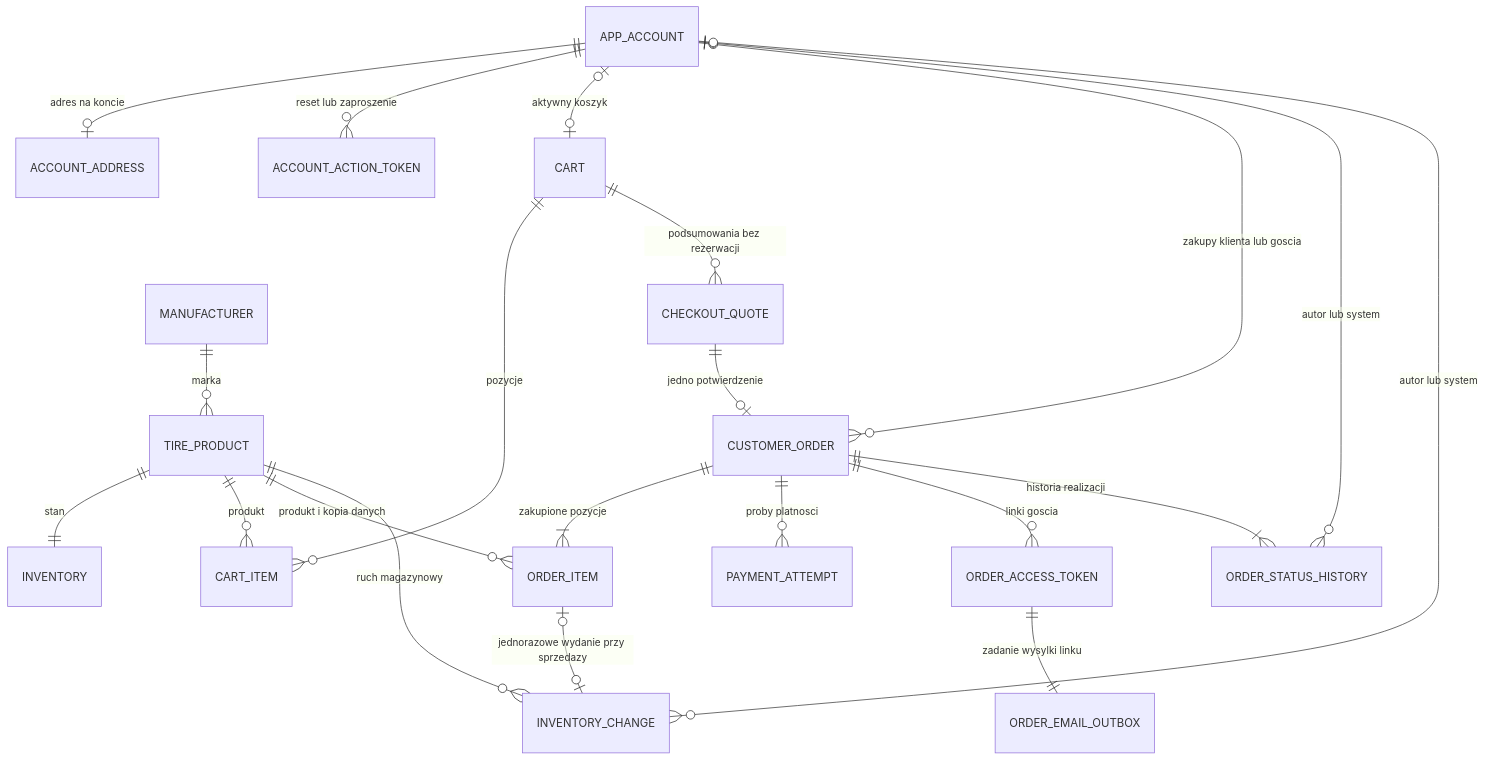
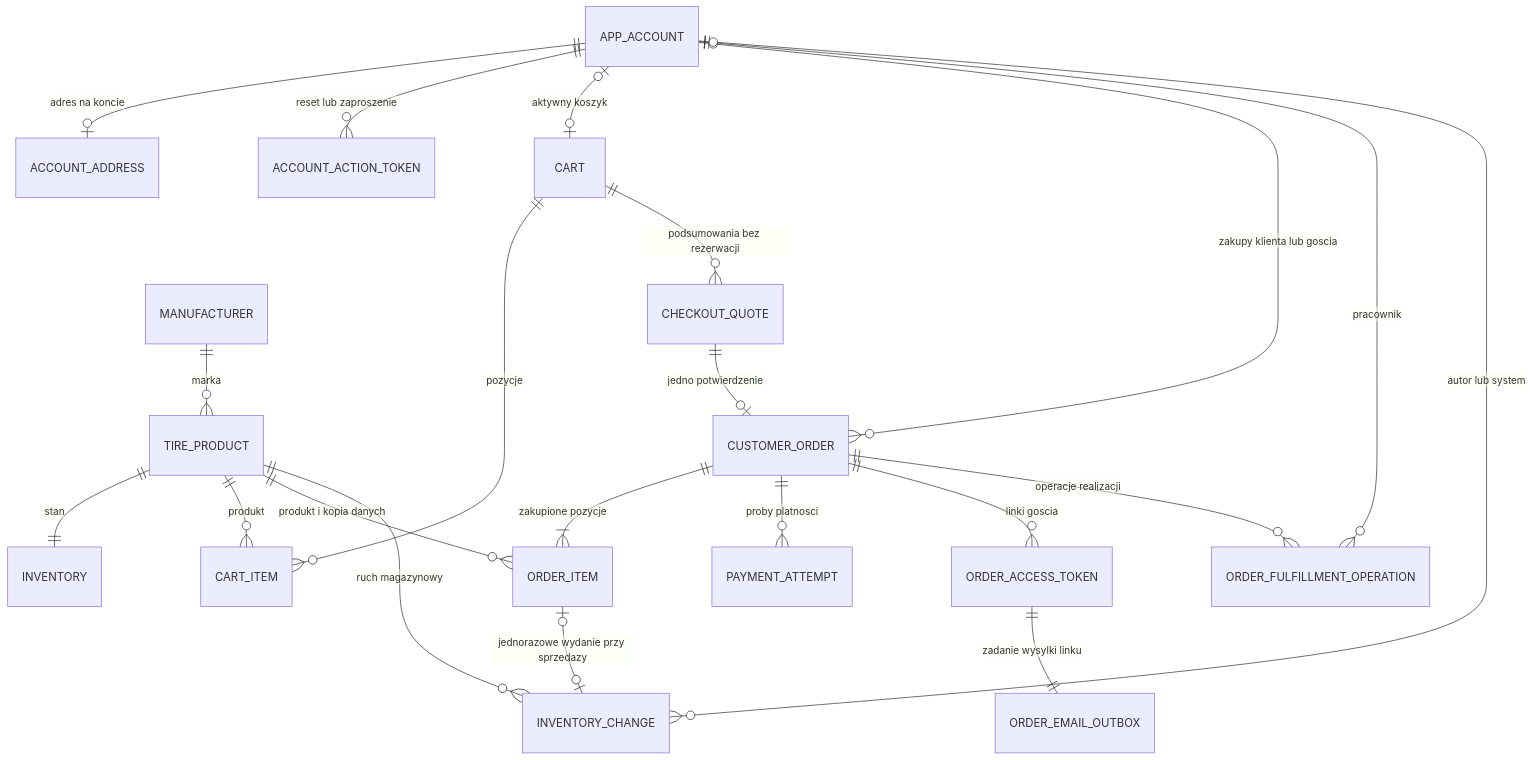
The diagram in docs/backend-design.md (stanislaw-kopec/TireShop), drawn with Mermaid before and after one commit. The commit also changed other lines of this file and 21 other files, not shown here.

Commit message:
feat: add employee order fulfillment and shipment tracking updates

````diff
--- a/docs/backend-design.md
+++ b/docs/backend-design.md
@@ -36,23 +36,23 @@
 ```mermaid
 erDiagram
     APP_ACCOUNT ||--o| ACCOUNT_ADDRESS : "adres na koncie"
     APP_ACCOUNT ||--o{ ACCOUNT_ACTION_TOKEN : "reset lub zaproszenie"
     APP_ACCOUNT o|--o| CART : "aktywny koszyk"
     APP_ACCOUNT o|--o{ CUSTOMER_ORDER : "zakupy klienta lub goscia"
     MANUFACTURER ||--o{ TIRE_PRODUCT : "marka"
     TIRE_PRODUCT ||--|| INVENTORY : "stan"
     CART ||--o{ CART_ITEM : "pozycje"
     TIRE_PRODUCT ||--o{ CART_ITEM : "produkt"
     CART ||--o{ CHECKOUT_QUOTE : "podsumowania bez rezerwacji"
     CHECKOUT_QUOTE ||--o| CUSTOMER_ORDER : "jedno potwierdzenie"
     CUSTOMER_ORDER ||--|{ ORDER_ITEM : "zakupione pozycje"
     TIRE_PRODUCT ||--o{ ORDER_ITEM : "produkt i kopia danych"
     CUSTOMER_ORDER ||--o{ PAYMENT_ATTEMPT : "proby platnosci"
     CUSTOMER_ORDER ||--o{ ORDER_ACCESS_TOKEN : "linki goscia"
     ORDER_ACCESS_TOKEN ||--|| ORDER_EMAIL_OUTBOX : "zadanie wysylki linku"
-    CUSTOMER_ORDER ||--|{ ORDER_STATUS_HISTORY : "historia realizacji"
-    APP_ACCOUNT o|--o{ ORDER_STATUS_HISTORY : "autor lub system"
+    CUSTOMER_ORDER ||--o{ ORDER_FULFILLMENT_OPERATION : "operacje realizacji"
+    APP_ACCOUNT ||--o{ ORDER_FULFILLMENT_OPERATION : "pracownik"
     TIRE_PRODUCT ||--o{ INVENTORY_CHANGE : "ruch magazynowy"
     APP_ACCOUNT o|--o{ INVENTORY_CHANGE : "autor lub system"
     ORDER_ITEM o|--o| INVENTORY_CHANGE : "jednorazowe wydanie przy sprzedazy"
 ```
````
